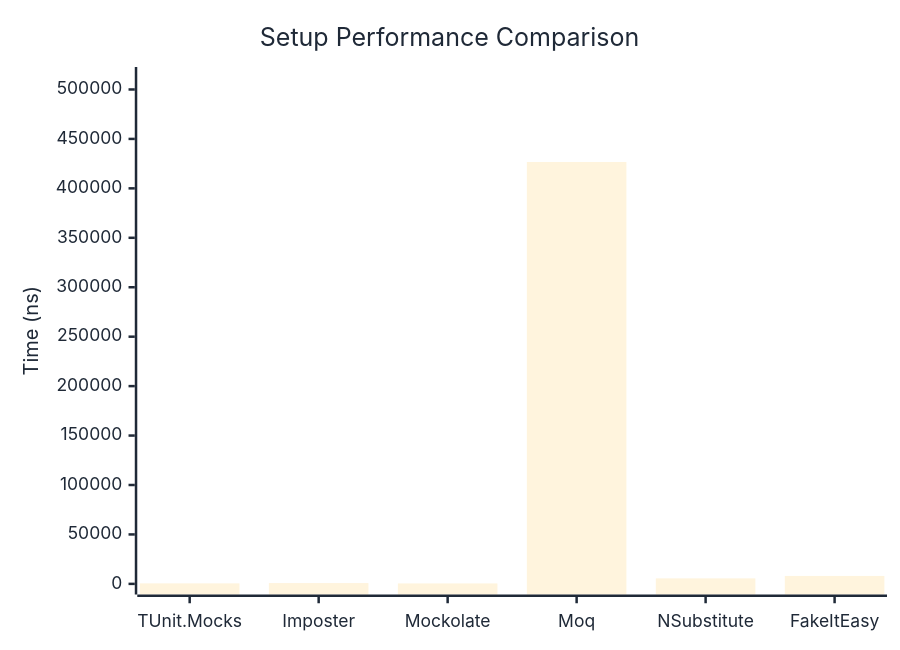
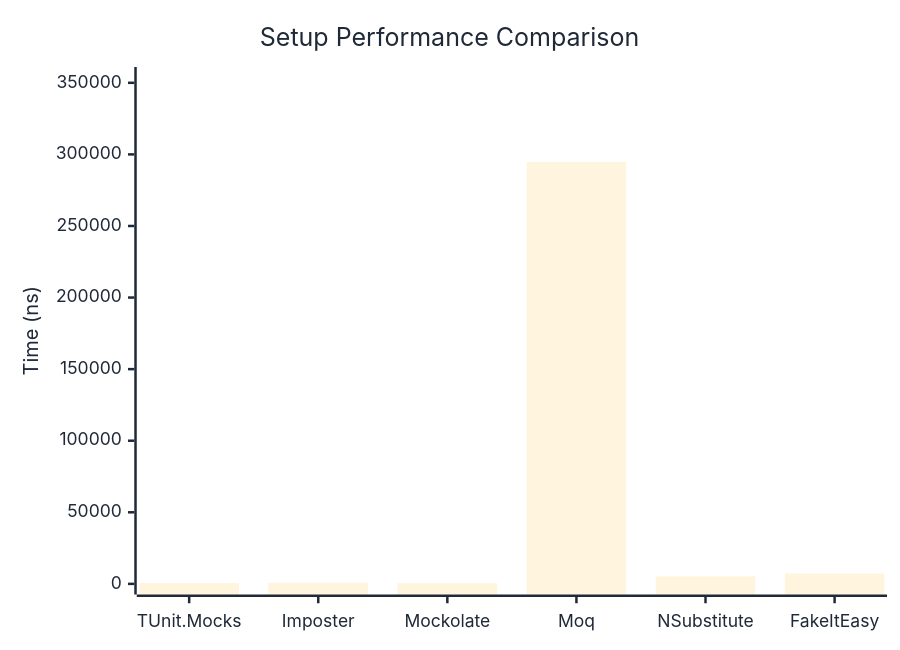
One commit to thomhurst/TUnit changed the first of 2 diagrams in docs/docs/benchmarks/mocks/Setup.md. Above: the diagram before and after it, drawn with Mermaid. The commit also changed other lines of this file and 14 other files, not shown here.

````diff
--- a/docs/docs/benchmarks/mocks/Setup.md
+++ b/docs/docs/benchmarks/mocks/Setup.md
@@ -28,27 +28,27 @@
 ```mermaid
 %%{init: {
   'theme':'base',
   'themeVariables': {
     'primaryColor': '#2563eb',
     'primaryTextColor': '#1f2937',
     'primaryBorderColor': '#1e40af',
     'lineColor': '#6b7280',
     'secondaryColor': '#7c3aed',
     'tertiaryColor': '#dc2626',
     'background': '#ffffff',
     'pie1': '#2563eb',
     'pie2': '#7c3aed',
     'pie3': '#dc2626',
     'pie4': '#f59e0b',
     'pie5': '#10b981',
     'pie6': '#06b6d4',
     'pie7': '#ec4899',
     'pie8': '#6366f1'
   }
 }}%%
 xychart-beta
   title "Setup Performance Comparison"
   x-axis ["TUnit.Mocks", "Imposter", "Mockolate", "Moq", "NSubstitute", "FakeItEasy"]
-  y-axis "Time (ns)" 0 --> 511982
-  bar [517.7, 815.2, 455.6, 426650.9, 5568.6, 8033.8]
+  y-axis "Time (ns)" 0 --> 353624
+  bar [564.8, 798.2, 477.8, 294686.5, 5278.8, 7246.1]
 ```
````
